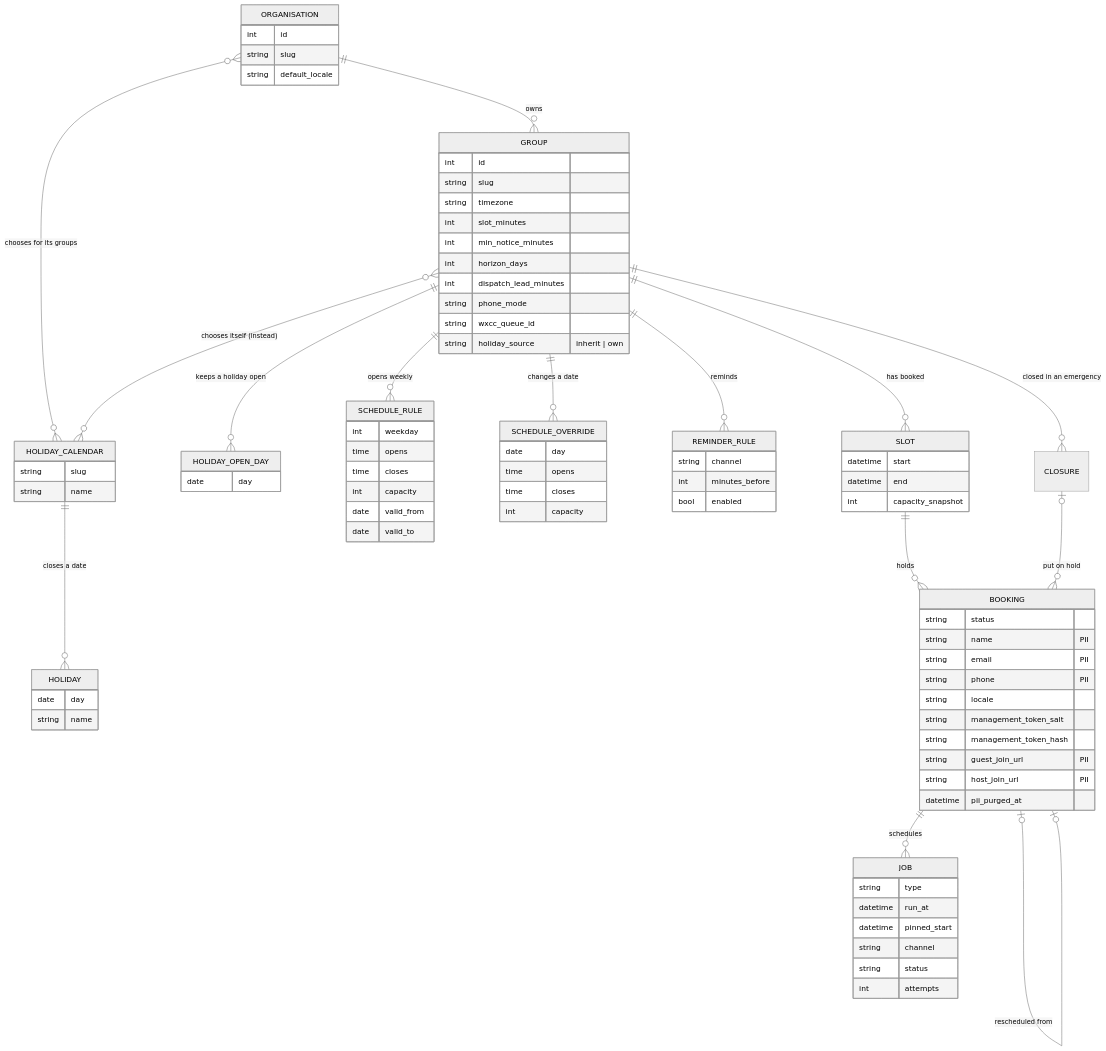
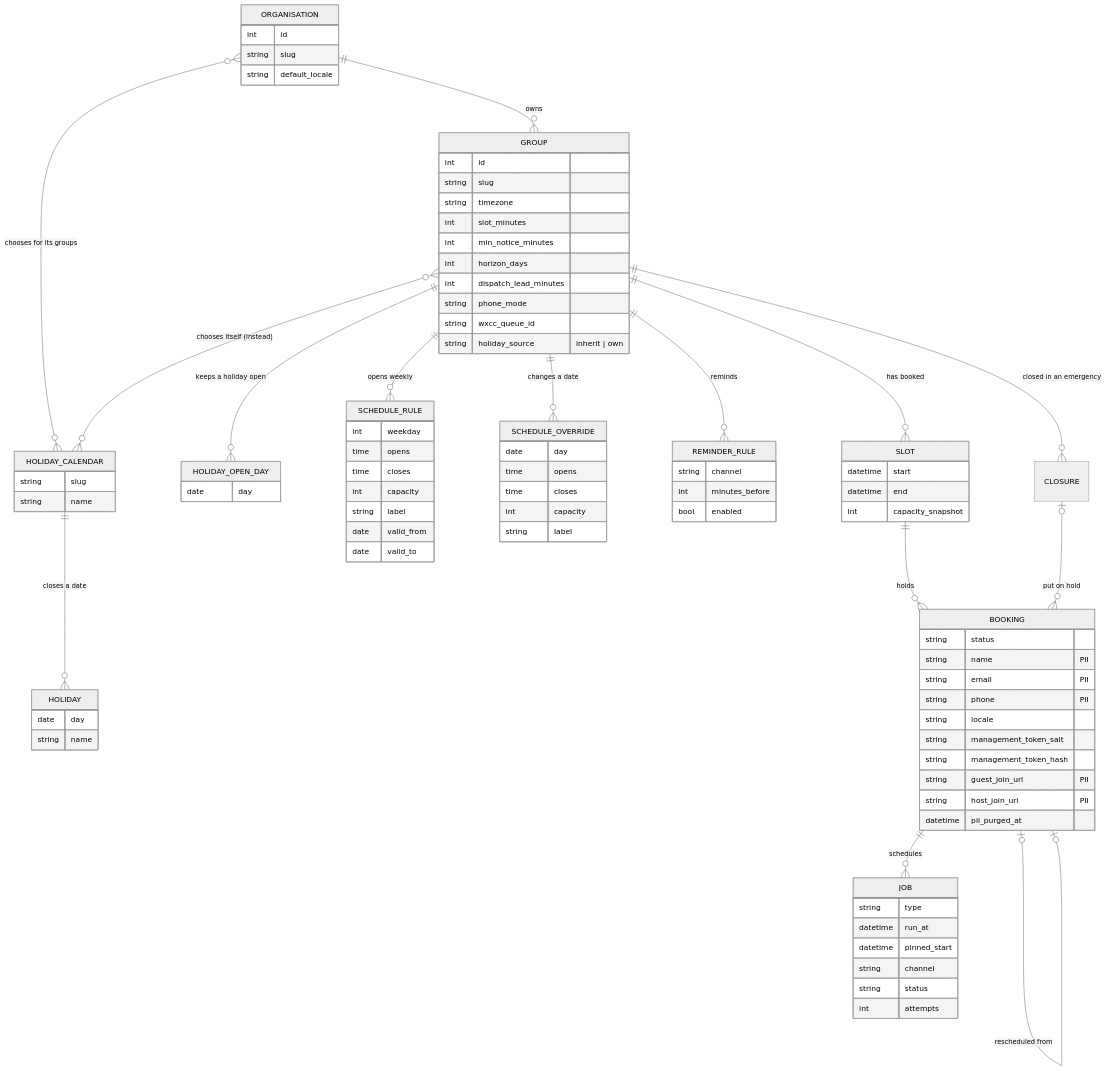
Before and after one commit to 3Corners-Labs/OpenPlanner: the fifth of 13 diagrams in docs/architecture.md, drawn with Mermaid (neutral theme). The commit also changed other lines of this file and 17 other files, not shown here.

```diff
--- a/docs/architecture.md
+++ b/docs/architecture.md
@@ -285,6 +285,7 @@
         time opens
         time closes
         int capacity
+        string label
         date valid_from
         date valid_to
     }
@@ -293,6 +294,7 @@
         time opens
         time closes
         int capacity
+        string label
     }
     REMINDER_RULE {
         string channel
```
